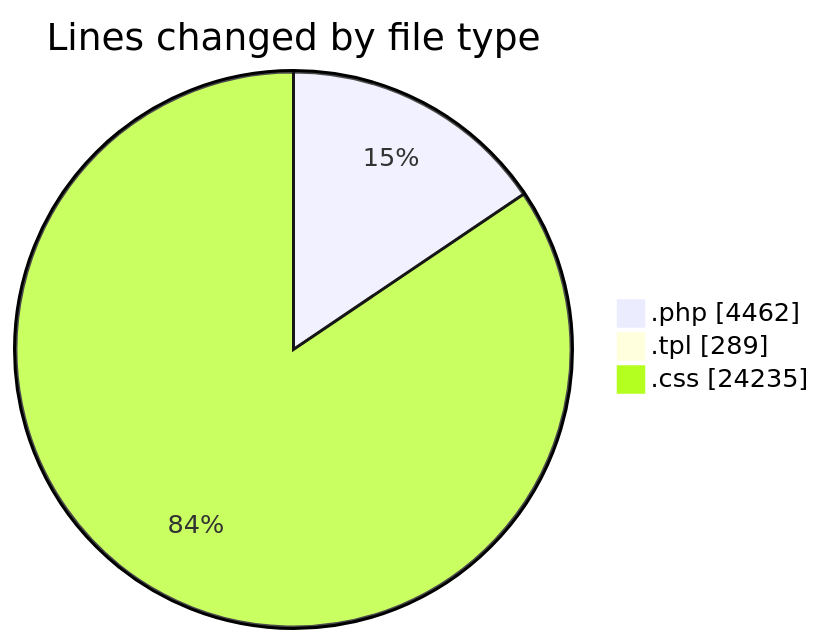
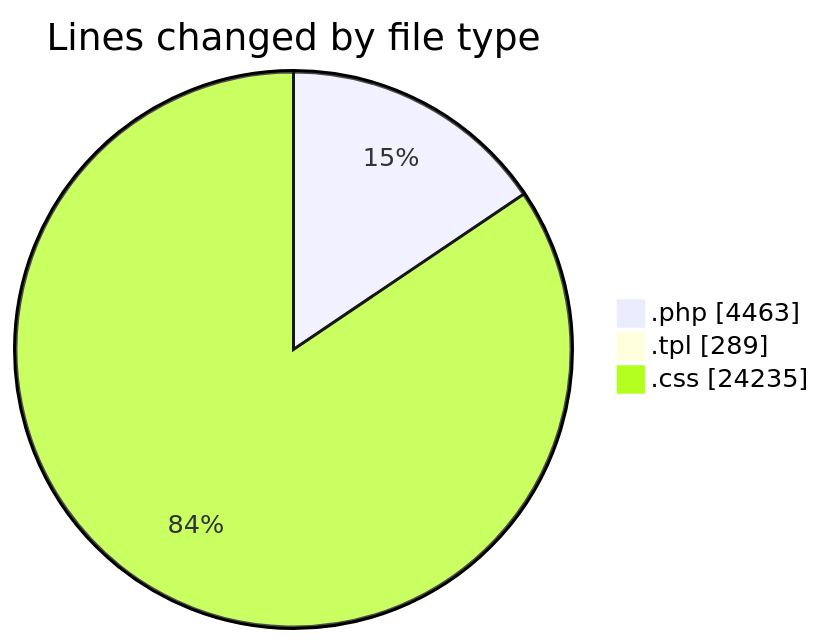
The first of 2 diagrams in 2025-04-18/zeytoon/README.md (vahidmafi/code-tracking), drawn with Mermaid before and after one commit. The commit also changed other lines of this file and 1 other file, not shown here.

````diff
--- a/2025-04-18/zeytoon/README.md
+++ b/2025-04-18/zeytoon/README.md
@@ -29,7 +29,7 @@
 ```mermaid
 pie showData
 title Lines changed by file type
-".php" : 4462
+".php" : 4463
 ".tpl" : 289
 ".css" : 24235
 ```
````
